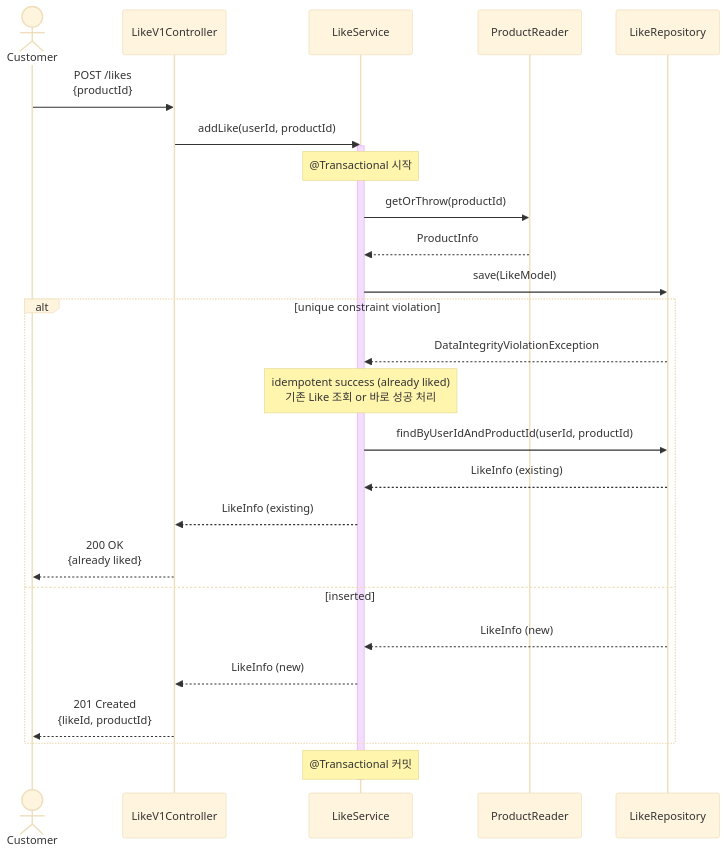
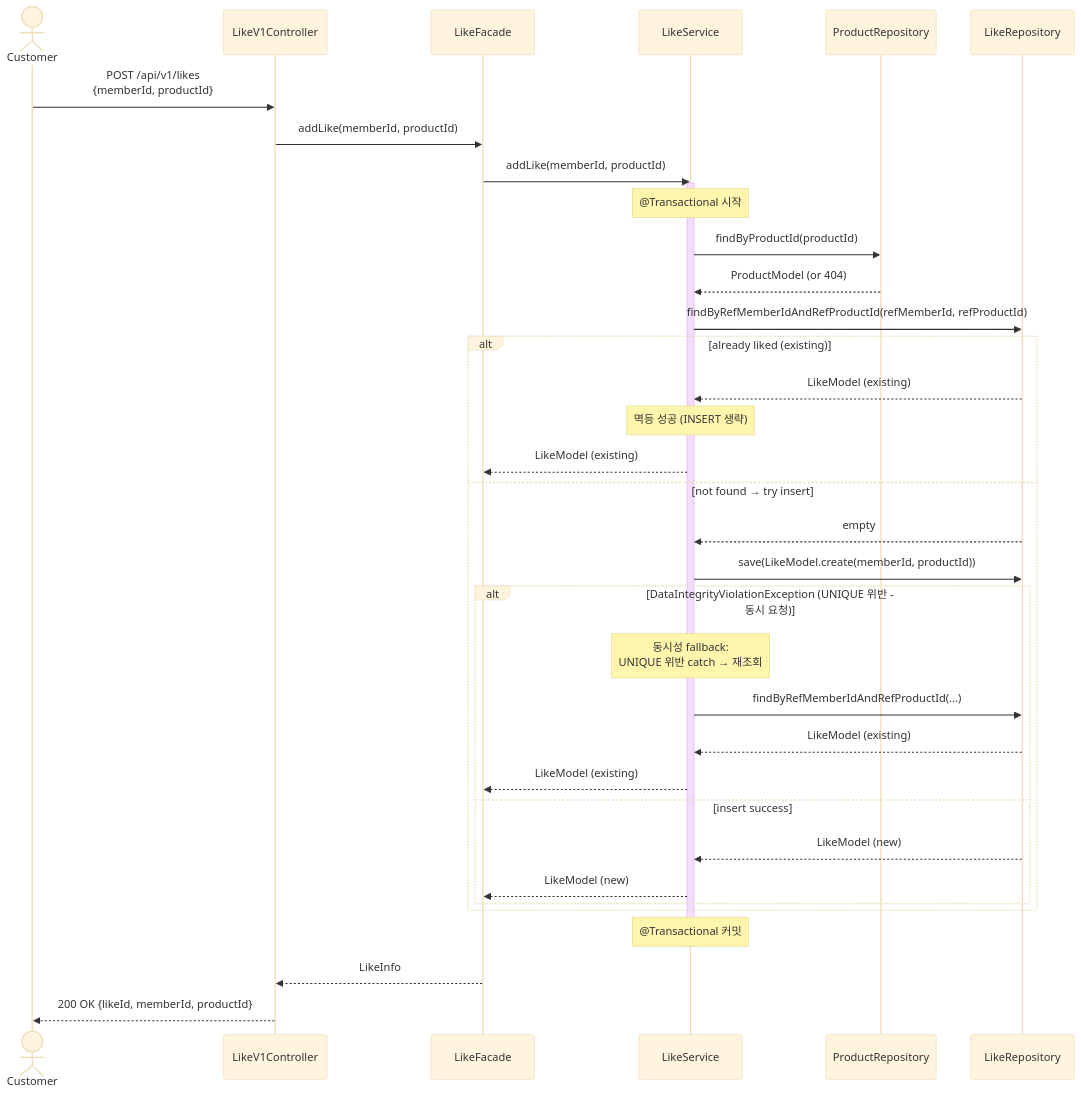
One commit to YoHanKi/loop-pack-be-l2-vol3-java changed the third of 5 diagrams in docs/design/02-sequence-diagrams.md. Above: the diagram before and after it, drawn with Mermaid (base theme). The commit also changed other lines of this file and 2 other files, not shown here.

````diff
--- a/docs/design/02-sequence-diagrams.md
+++ b/docs/design/02-sequence-diagrams.md
@@ -158,38 +168,48 @@
 ```mermaid
 sequenceDiagram
     actor Customer
     participant Controller as LikeV1Controller
+    participant LikeFacade as LikeFacade
     participant LikeService as LikeService
-    participant ProductReader as ProductReader
+    participant ProductRepo as ProductRepository
     participant LikeRepo as LikeRepository
 
-    Customer->>Controller: POST /likes<br/>{productId}
-    Controller->>LikeService: addLike(userId, productId)
+    Customer->>Controller: POST /api/v1/likes<br/>{memberId, productId}
+    Controller->>LikeFacade: addLike(memberId, productId)
+    LikeFacade->>LikeService: addLike(memberId, productId)
 
     activate LikeService
     Note over LikeService: @Transactional 시작
 
-%% 상품 존재 확인
-    LikeService->>ProductReader: getOrThrow(productId)
-    ProductReader-->>LikeService: ProductInfo
+    %% 상품 존재 확인 (ProductRepository 직접 사용)
+    LikeService->>ProductRepo: findByProductId(productId)
+    ProductRepo-->>LikeService: ProductModel (or 404)
 
-%% 좋아요 저장
-    LikeService->>LikeRepo: save(LikeModel)
+    %% 중복 좋아요 확인 (멱등성 - 선조회)
+    LikeService->>LikeRepo: findByRefMemberIdAndRefProductId(refMemberId, refProductId)
 
-    alt unique constraint violation
-        LikeRepo-->>LikeService: DataIntegrityViolationException
-        Note over LikeService: idempotent success (already liked)<br/>기존 Like 조회 or 바로 성공 처리
-        LikeService->>LikeRepo: findByUserIdAndProductId(userId, productId)
-        LikeRepo-->>LikeService: LikeInfo (existing)
-        LikeService-->>Controller: LikeInfo (existing)
-        Controller-->>Customer: 200 OK<br/>{already liked}
-    else inserted
-        LikeRepo-->>LikeService: LikeInfo (new)
-        LikeService-->>Controller: LikeInfo (new)
-        Controller-->>Customer: 201 Created<br/>{likeId, productId}
+    alt already liked (existing)
+        LikeRepo-->>LikeService: LikeModel (existing)
+        Note over LikeService: 멱등 성공 (INSERT 생략)
+        LikeService-->>LikeFacade: LikeModel (existing)
+    else not found → try insert
+        LikeRepo-->>LikeService: empty
+        LikeService->>LikeRepo: save(LikeModel.create(memberId, productId))
+
+        alt DataIntegrityViolationException (UNIQUE 위반 - 동시 요청)
+            Note over LikeService: 동시성 fallback:<br/>UNIQUE 위반 catch → 재조회
+            LikeService->>LikeRepo: findByRefMemberIdAndRefProductId(...)
+            LikeRepo-->>LikeService: LikeModel (existing)
+            LikeService-->>LikeFacade: LikeModel (existing)
+        else insert success
+            LikeRepo-->>LikeService: LikeModel (new)
+            LikeService-->>LikeFacade: LikeModel (new)
+        end
     end
 
     Note over LikeService: @Transactional 커밋
     deactivate LikeService
 
+    LikeFacade-->>Controller: LikeInfo
+    Controller-->>Customer: 200 OK {likeId, memberId, productId}
 ```
````
